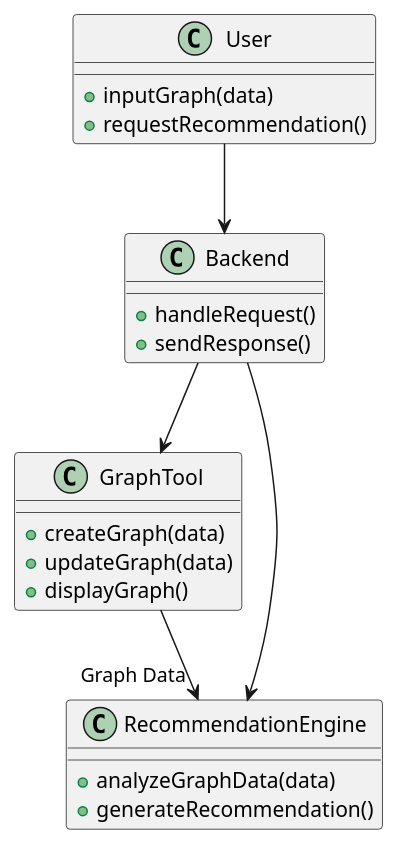
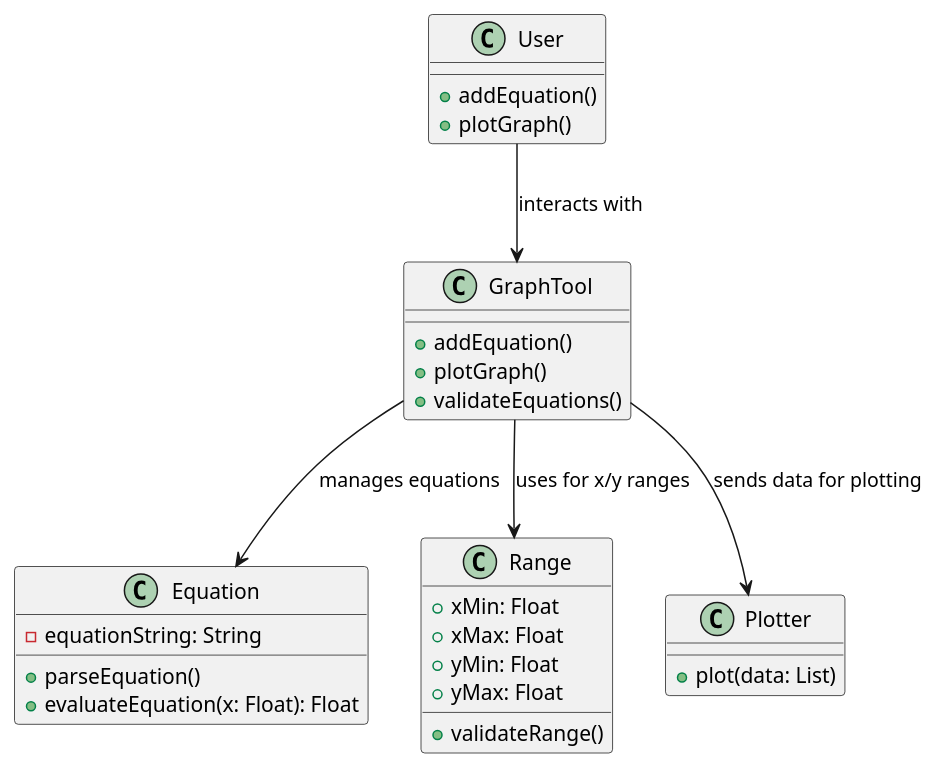
The diagram in diagrams/class_diagram.puml (ImaneHaz/prove), drawn with PlantUML before and after one commit.

```diff
--- a/diagrams/class_diagram.puml
+++ b/diagrams/class_diagram.puml
@@ -1,27 +1,35 @@
 @startuml
 class User {
-  + inputGraph(data)
-  + requestRecommendation()
+  + addEquation()
+  + plotGraph()
 }
 
 class GraphTool {
-  + createGraph(data)
-  + updateGraph(data)
-  + displayGraph()
+  + addEquation()
+  + plotGraph()
+  + validateEquations()
 }
 
-class RecommendationEngine {
-  + analyzeGraphData(data)
-  + generateRecommendation()
+class Equation {
+  - equationString: String
+  + parseEquation()
+  + evaluateEquation(x: Float): Float
 }
 
-class Backend {
-  + handleRequest()
-  + sendResponse()
+class Range {
+  + xMin: Float
+  + xMax: Float
+  + yMin: Float
+  + yMax: Float
+  + validateRange()
 }
 
-User --> Backend
-Backend --> GraphTool
-Backend --> RecommendationEngine
-GraphTool --> "Graph Data" RecommendationEngine
+class Plotter {
+  + plot(data: List)
+}
+
+User --> GraphTool : interacts with
+GraphTool --> Equation : manages equations
+GraphTool --> Range : uses for x/y ranges
+GraphTool --> Plotter : sends data for plotting
 @enduml
```
